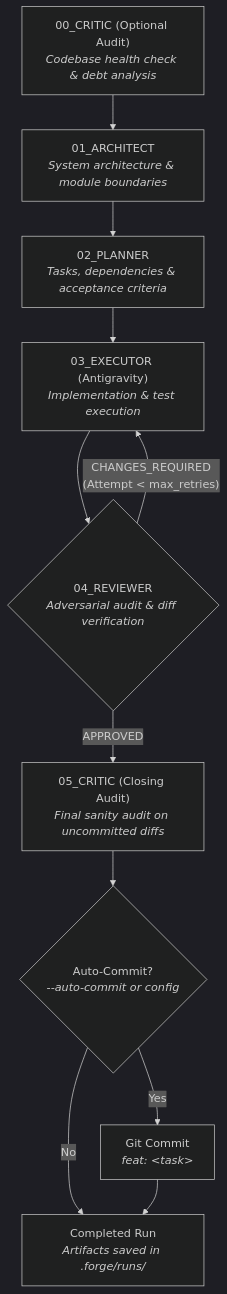
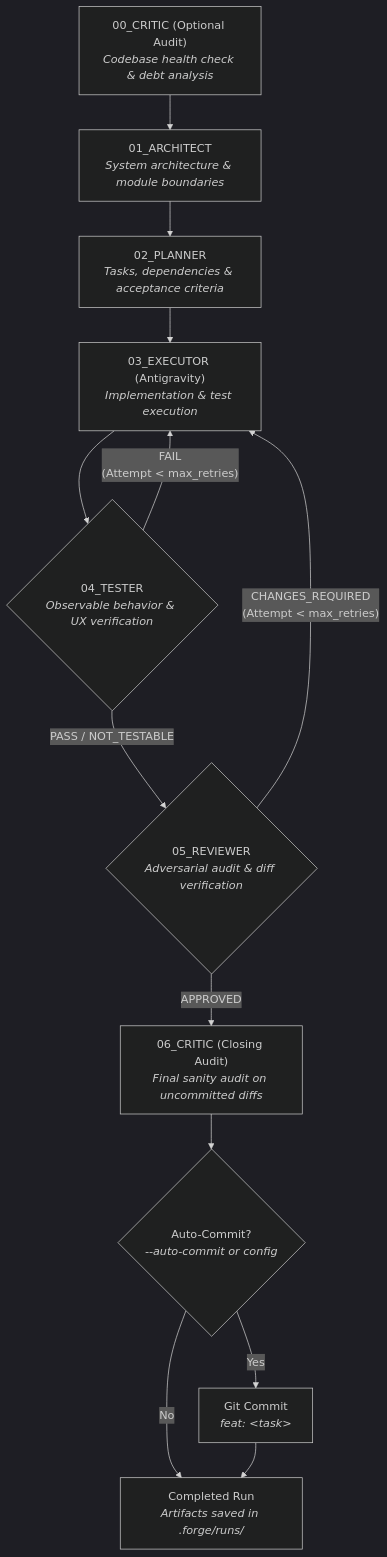
Before and after one commit to Mathir14/Forge: the diagram in README.md, drawn with Mermaid (dark theme). The commit also changed other lines of this file and 117 other files, not shown here.

````diff
--- a/README.md
+++ b/README.md
@@ -315,13 +336,15 @@
 ```mermaid
 flowchart TD
     C0["00_CRITIC (Optional Audit)<br/><i>Codebase health check & debt analysis</i>"] --> A["01_ARCHITECT<br/><i>System architecture & module boundaries</i>"]
     A --> P["02_PLANNER<br/><i>Tasks, dependencies & acceptance criteria</i>"]
     P --> E["03_EXECUTOR (Antigravity)<br/><i>Implementation & test execution</i>"]
-    E --> R{"04_REVIEWER<br/><i>Adversarial audit & diff verification</i>"}
+    E --> T{"04_TESTER<br/><i>Observable behavior & UX verification</i>"}
+    T -- "FAIL<br/>(Attempt < max_retries)" --> E
+    T -- "PASS / NOT_TESTABLE" --> R{"05_REVIEWER<br/><i>Adversarial audit & diff verification</i>"}
     R -- "CHANGES_REQUIRED<br/>(Attempt < max_retries)" --> E
-    R -- "APPROVED" --> C5["05_CRITIC (Closing Audit)<br/><i>Final sanity audit on uncommitted diffs</i>"]
-    C5 --> AC{"Auto-Commit?<br/><i>--auto-commit or config</i>"}
+    R -- "APPROVED" --> C6["06_CRITIC (Closing Audit)<br/><i>Final sanity audit on uncommitted diffs</i>"]
+    C6 --> AC{"Auto-Commit?<br/><i>--auto-commit or config</i>"}
     AC -- Yes --> GC["Git Commit<br/><i>feat: &lt;task&gt;</i>"]
     AC -- No --> Done["Completed Run<br/><i>Artifacts saved in .forge/runs/</i>"]
     GC --> Done
 ```
````
